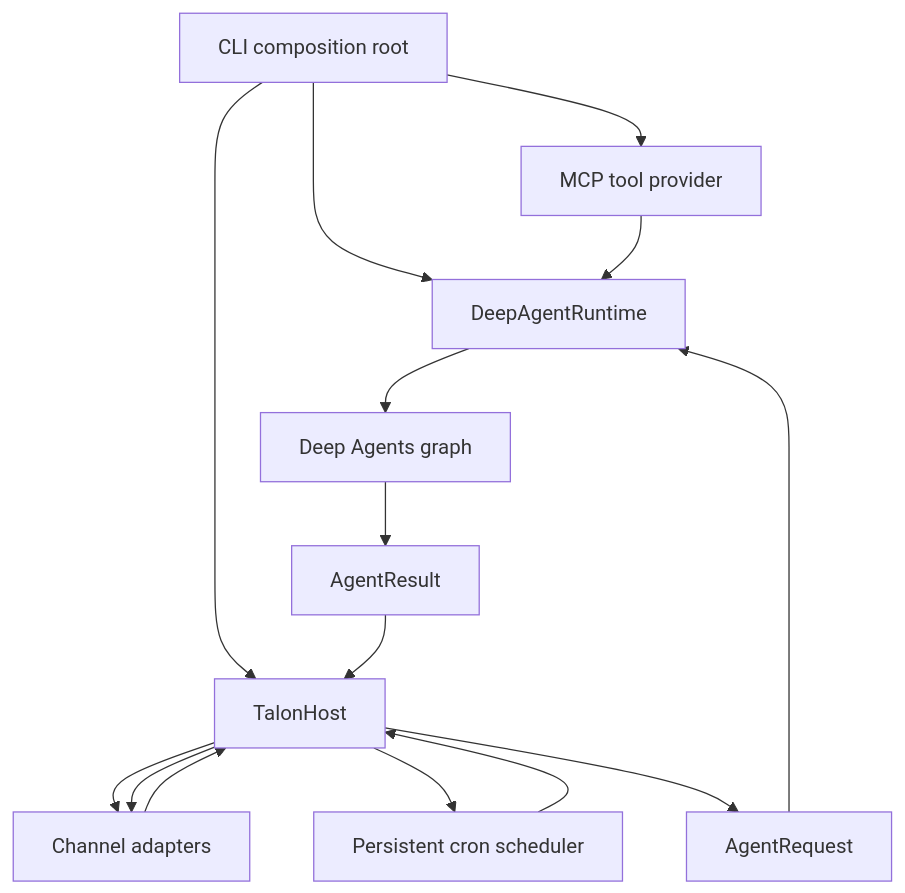
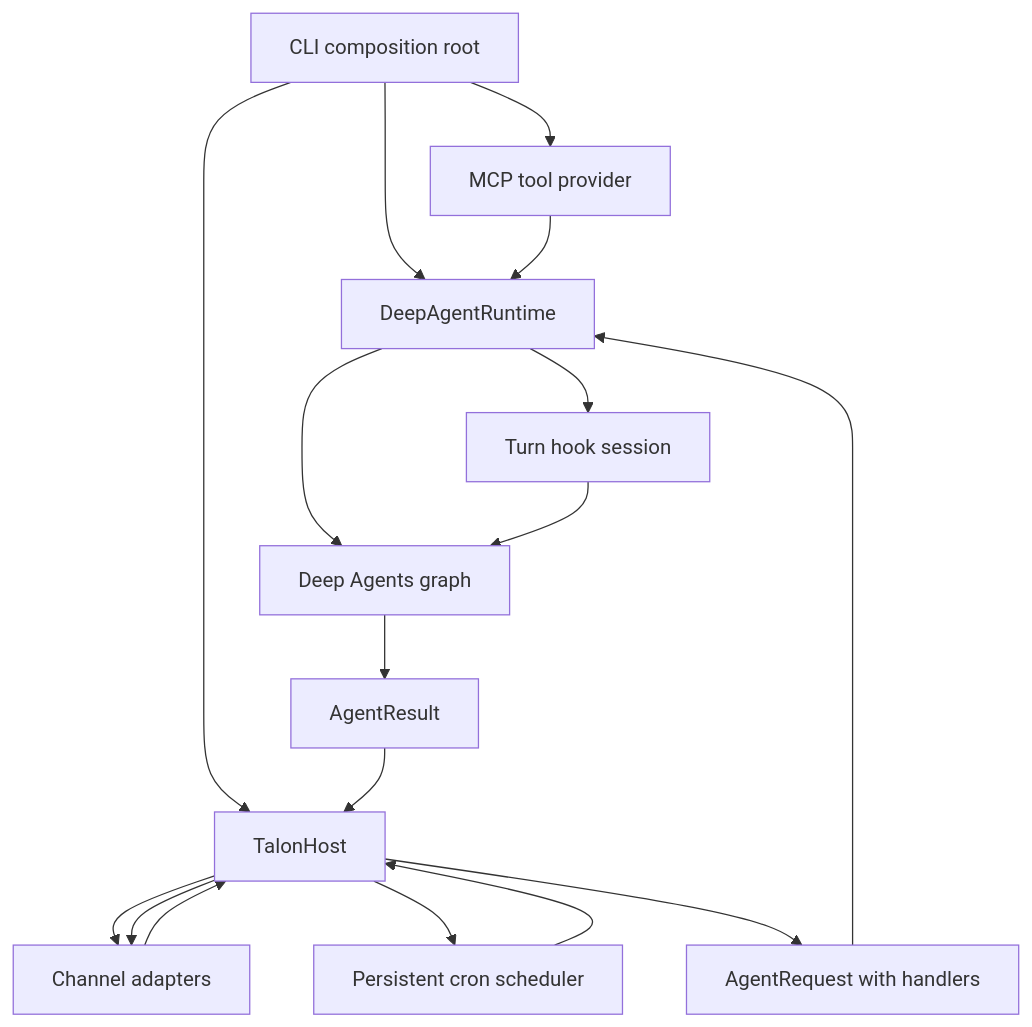
The first of 2 diagrams in openwiki/integrations/talon.md (langchain-ai/deepagents), drawn with Mermaid before and after one commit. The commit also changed other lines of this file and 28 other files, not shown here.

````diff
--- a/openwiki/integrations/talon.md
+++ b/openwiki/integrations/talon.md
@@ -43,17 +47,19 @@
 ```mermaid
 flowchart TD
     CLI["CLI composition root"] --> MCP["MCP tool provider"]
     CLI --> Host["TalonHost"]
     CLI --> Runtime["DeepAgentRuntime"]
     MCP --> Runtime
     Host --> Channel["Channel adapters"]
     Host --> Scheduler["Persistent cron scheduler"]
     Channel --> Host
     Scheduler --> Host
-    Host --> Request["AgentRequest"]
+    Host --> Request["AgentRequest with handlers"]
     Request --> Runtime
+    Runtime --> Hooks["Turn hook session"]
     Runtime --> Graph["Deep Agents graph"]
+    Hooks --> Graph
     Graph --> Result["AgentResult"]
     Result --> Host
     Host --> Channel
 ```
````
